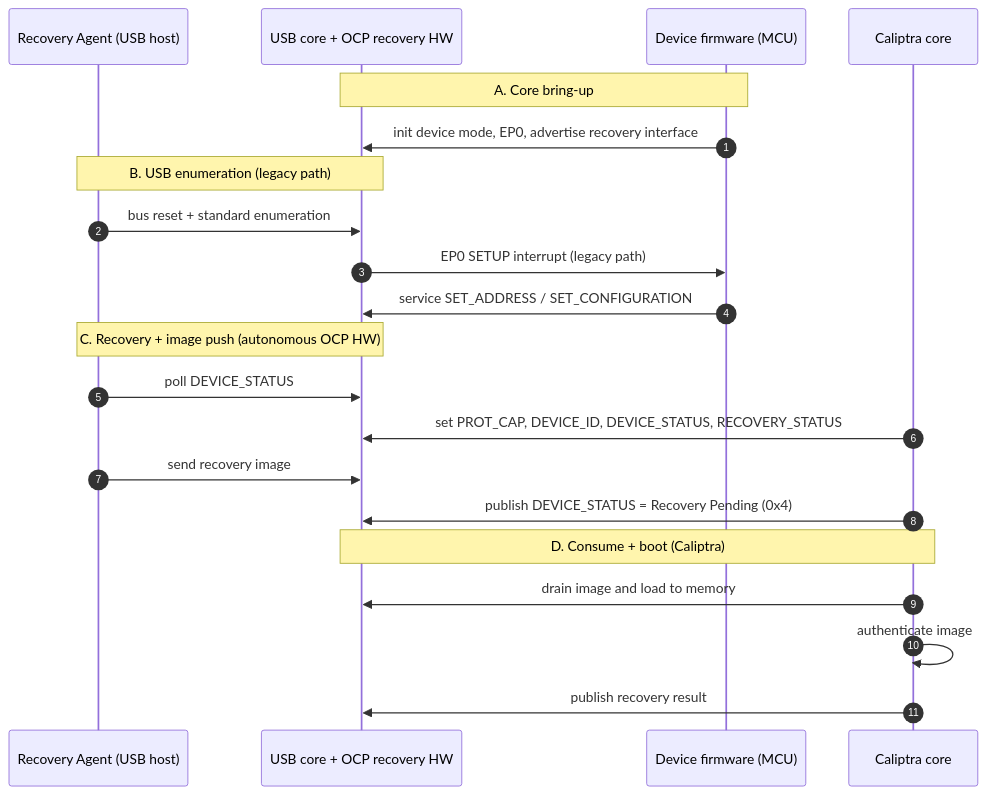
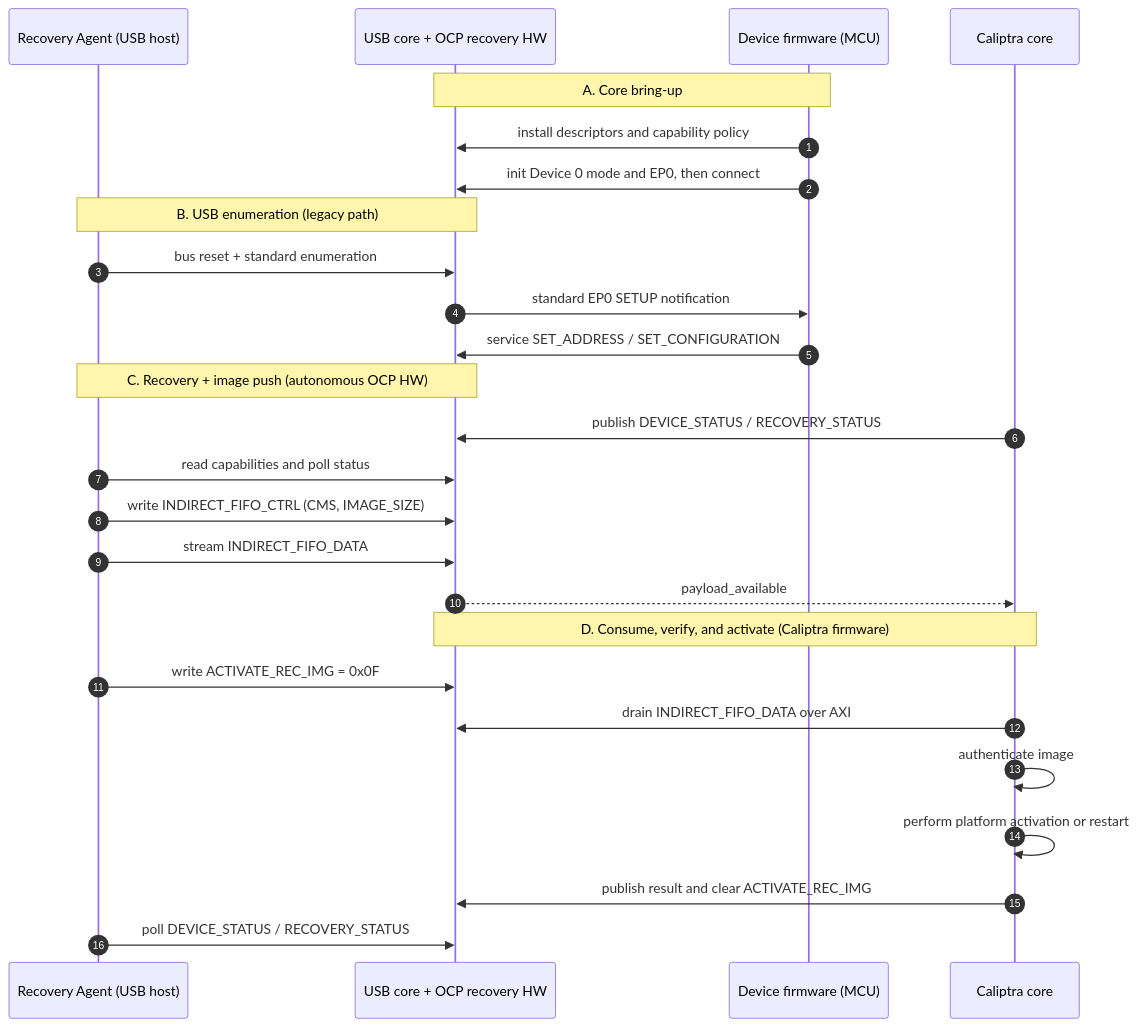
One commit to chipsalliance/caliptra-ss changed the first of 3 diagrams in docs/usb2_recovery_spec/README.md. Above: the diagram before and after it, drawn with Mermaid. The commit also changed other lines of this file, not shown here.

Commit message:
usb2 recovery spec updates with hub integration and SETUP-MIRROR uArch

````diff
--- a/docs/usb2_recovery_spec/README.md
+++ b/docs/usb2_recovery_spec/README.md
@@ -54,24 +66,29 @@
 ```mermaid
 sequenceDiagram
     autonumber
     participant RA as Recovery Agent (USB host)
     participant HW as USB core + OCP recovery HW
     participant FW as Device firmware (MCU)
     participant CP as Caliptra core
 
     Note over FW,HW: A. Core bring-up
-    FW->>HW: init device mode, EP0, advertise recovery interface
+    FW->>HW: install descriptors and capability policy
+    FW->>HW: init Device 0 mode and EP0, then connect
     Note over RA,HW: B. USB enumeration (legacy path)
     RA->>HW: bus reset + standard enumeration
-    HW->>FW: EP0 SETUP interrupt (legacy path)
+    HW->>FW: standard EP0 SETUP notification
     FW->>HW: service SET_ADDRESS / SET_CONFIGURATION
     Note over RA,HW: C. Recovery + image push (autonomous OCP HW)
-    RA->>HW: poll DEVICE_STATUS
-    CP->>HW: set PROT_CAP, DEVICE_ID, DEVICE_STATUS, RECOVERY_STATUS
-    RA->>HW: send recovery image
-    CP->>HW: publish DEVICE_STATUS = Recovery Pending (0x4)
-    Note over HW,CP: D. Consume + boot (Caliptra)
-    CP->>HW: drain image and load to memory
+    CP->>HW: publish DEVICE_STATUS / RECOVERY_STATUS
+    RA->>HW: read capabilities and poll status
+    RA->>HW: write INDIRECT_FIFO_CTRL (CMS, IMAGE_SIZE)
+    RA->>HW: stream INDIRECT_FIFO_DATA
+    HW-->>CP: payload_available
+    Note over HW,CP: D. Consume, verify, and activate (Caliptra firmware)
+    RA->>HW: write ACTIVATE_REC_IMG = 0x0F
+    CP->>HW: drain INDIRECT_FIFO_DATA over AXI
     CP->>CP: authenticate image
-    CP->>HW: publish recovery result
+    CP->>CP: perform platform activation or restart
+    CP->>HW: publish result and clear ACTIVATE_REC_IMG
+    RA->>HW: poll DEVICE_STATUS / RECOVERY_STATUS
 ```
````
